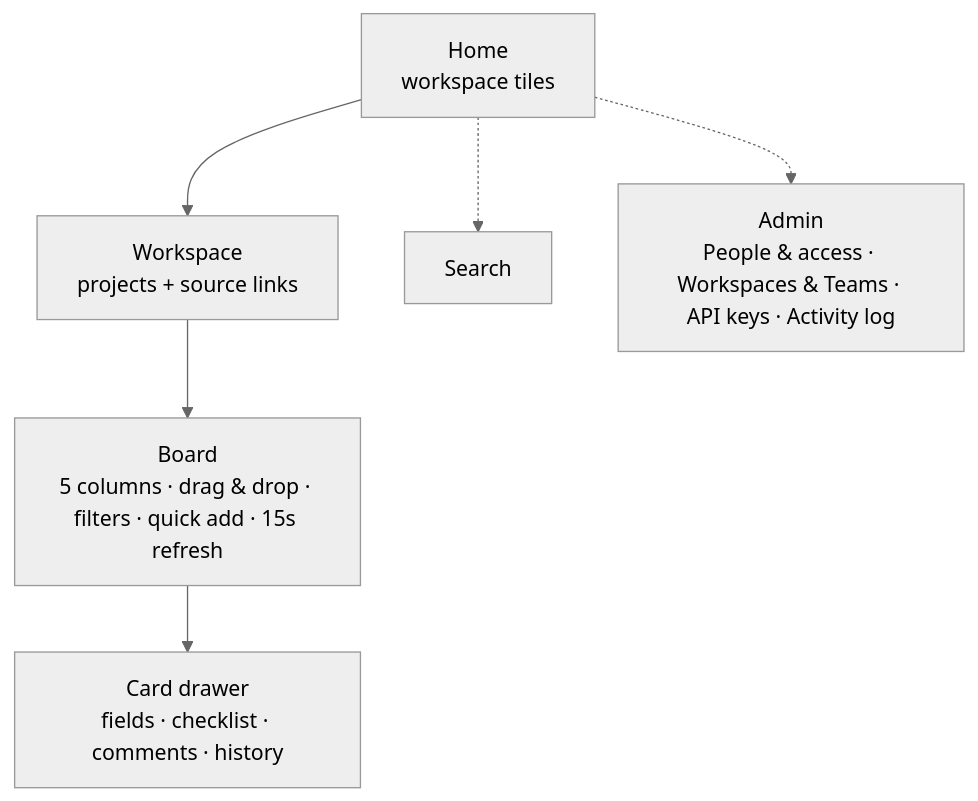
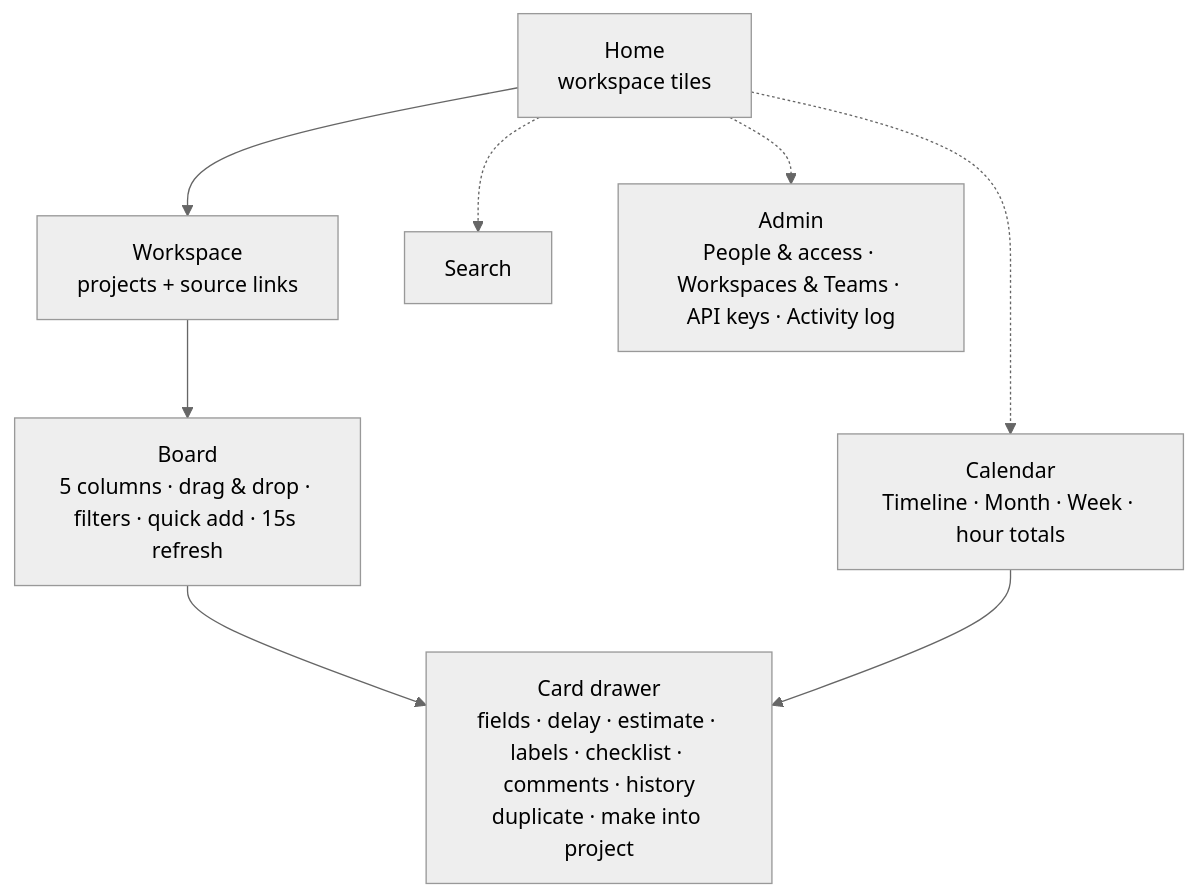
The third of 3 diagrams in ARCHITECTURE.md (Kokka-Company/kanban-starter), drawn with Mermaid (neutral theme) before and after one commit. The commit also changed other lines of this file and 23 other files, not shown here.

First line of the commit message:
Add calendar, labels, task numbers and task actions

````diff
--- a/ARCHITECTURE.md
+++ b/ARCHITECTURE.md
@@ -105,8 +110,10 @@
 ```mermaid
 flowchart TD
   H["Home<br/>workspace tiles"] --> W["Workspace<br/>projects + source links"]
   W --> P["Board<br/>5 columns · drag & drop · filters · quick add · 15s refresh"]
-  P --> C["Card drawer<br/>fields · checklist · comments · history"]
+  P --> C["Card drawer<br/>fields · delay · estimate · labels · checklist · comments · history<br/>duplicate · make into project"]
+  H -.-> K["Calendar<br/>Timeline · Month · Week · hour totals"]
+  K --> C
   H -.-> S["Search"]
   H -.-> A["Admin<br/>People & access · Workspaces & Teams · API keys · Activity log"]
 ```
````
